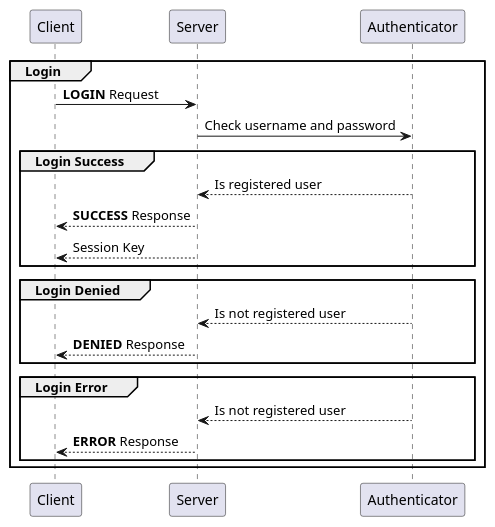
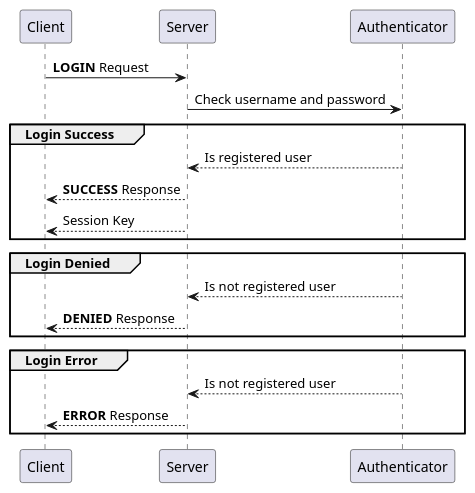
Before and after one commit to mdgriffin/distributed-computing-project: the diagram in diagrams/login_sequence.puml, drawn with PlantUML. The commit also changed 1 other file, not shown here.

Commit message:
Added sequence diagram for logout

```diff
--- a/diagrams/login_sequence.puml
+++ b/diagrams/login_sequence.puml
@@ -1,23 +1,21 @@
 @startuml
-group Login
 Client -> Server: **LOGIN** Request
 
-    Server -> Authenticator: Check username and password
+Server -> Authenticator: Check username and password
 
-    group Login Success
-        Authenticator --> Server: Is registered user
-        Server --> Client: **SUCCESS** Response
-        Server --> Client: Session Key
-    end
+group Login Success
+    Authenticator --> Server: Is registered user
+    Server --> Client: **SUCCESS** Response
+    Server --> Client: Session Key
+end
 
-    group Login Denied
-        Authenticator --> Server: Is not registered user
-        Server --> Client: **DENIED** Response
-    end
+group Login Denied
+    Authenticator --> Server: Is not registered user
+    Server --> Client: **DENIED** Response
+end
 
-    group Login Error
-        Authenticator --> Server: Is not registered user
-        Server --> Client: **ERROR** Response
-    end
+group Login Error
+    Authenticator --> Server: Is not registered user
+    Server --> Client: **ERROR** Response
 end
 @enduml
```
